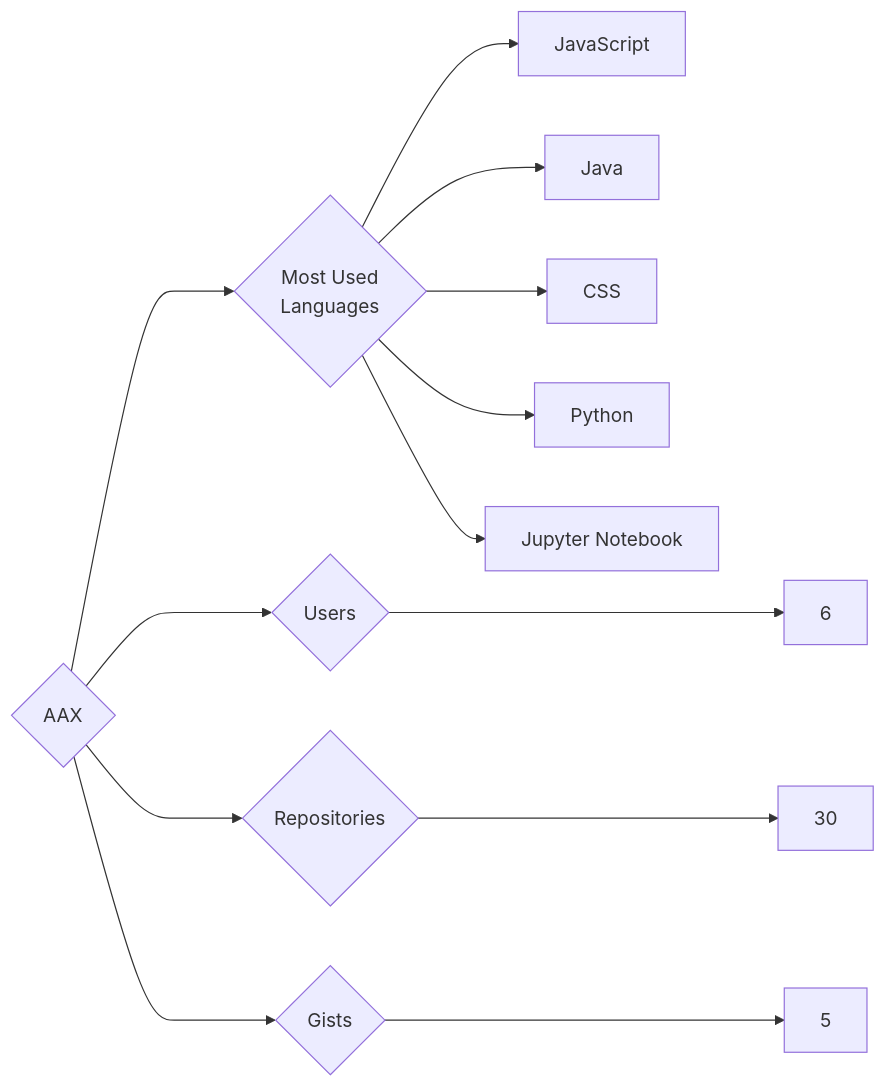
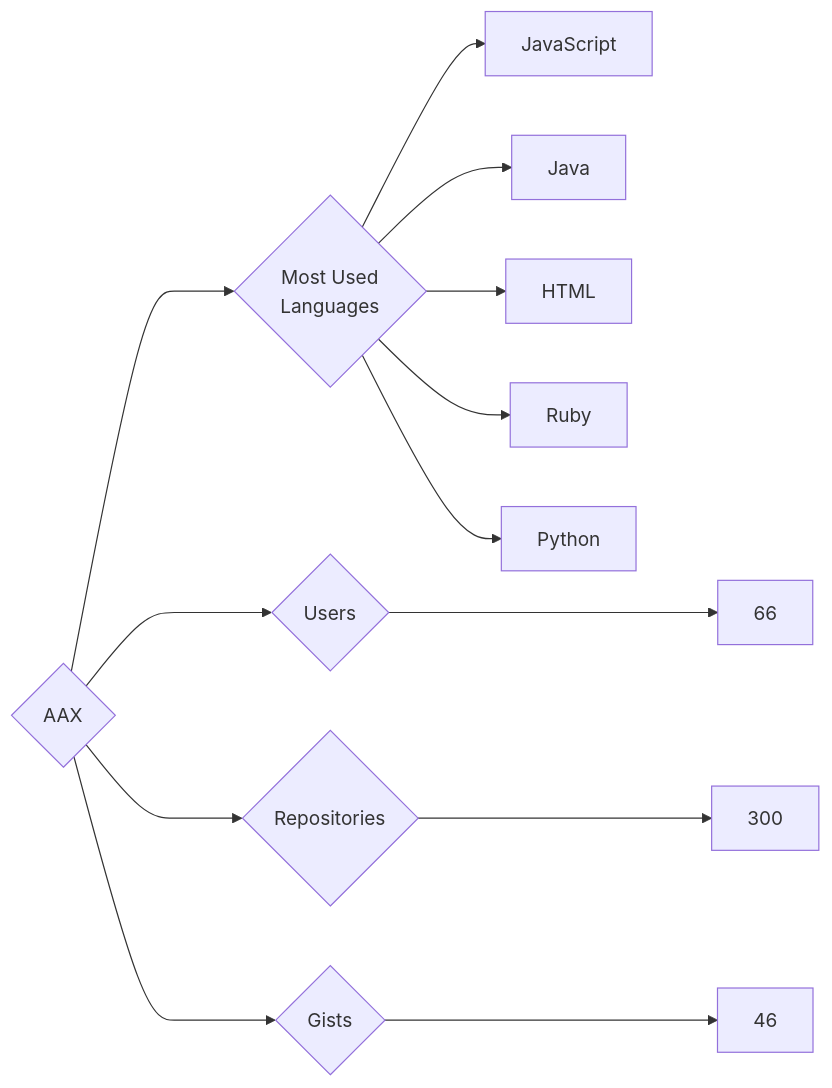
One commit to trickest/insiders changed the diagram in targets/AAX/README.md. Above: the diagram before and after it, drawn with Mermaid. The commit also changed 815 other files, not shown here.

````diff
--- a/targets/AAX/README.md
+++ b/targets/AAX/README.md
@@ -3,13 +3,13 @@
 ```mermaid
 graph LR
 COMPANY_NAME{AAX}
-COMPANY_NAME ---> U{Users} ---> UN[6]
-COMPANY_NAME ---> R{Repositories} ---> RN[30]
-COMPANY_NAME ---> G{Gists} ---> GN[5]
+COMPANY_NAME ---> U{Users} ---> UN[66]
+COMPANY_NAME ---> R{Repositories} ---> RN[300]
+COMPANY_NAME ---> G{Gists} ---> GN[46]
 COMPANY_NAME ---> ML{Most Used<br>Languages}
 ML --> JavaScript[JavaScript]
 ML --> Java[Java]
-ML --> CSS[CSS]
+ML --> HTML[HTML]
+ML --> Ruby[Ruby]
 ML --> Python[Python]
-ML --> Jupyter_Notebook[Jupyter Notebook]
 ```
````
